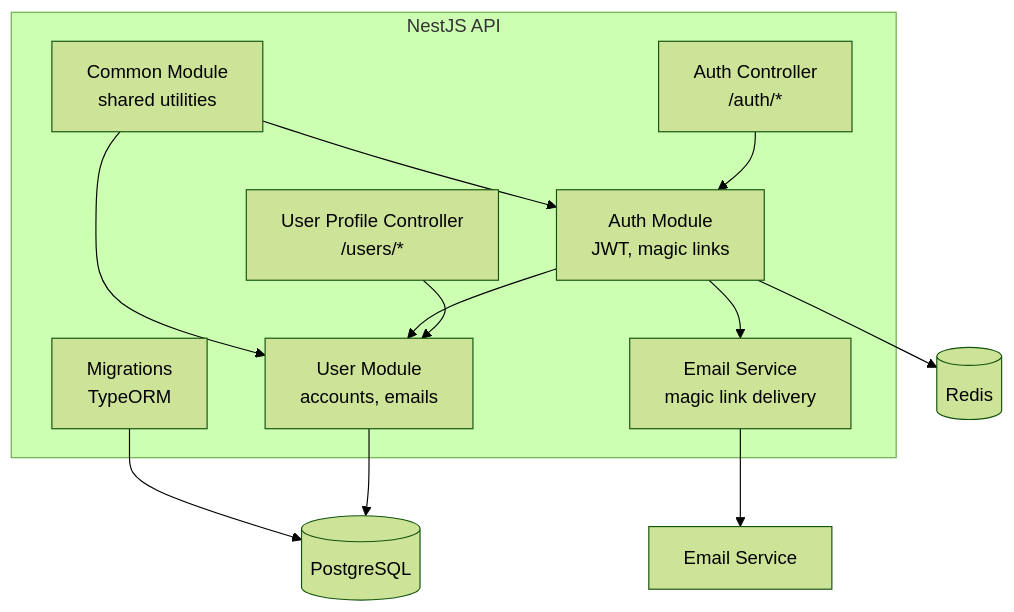
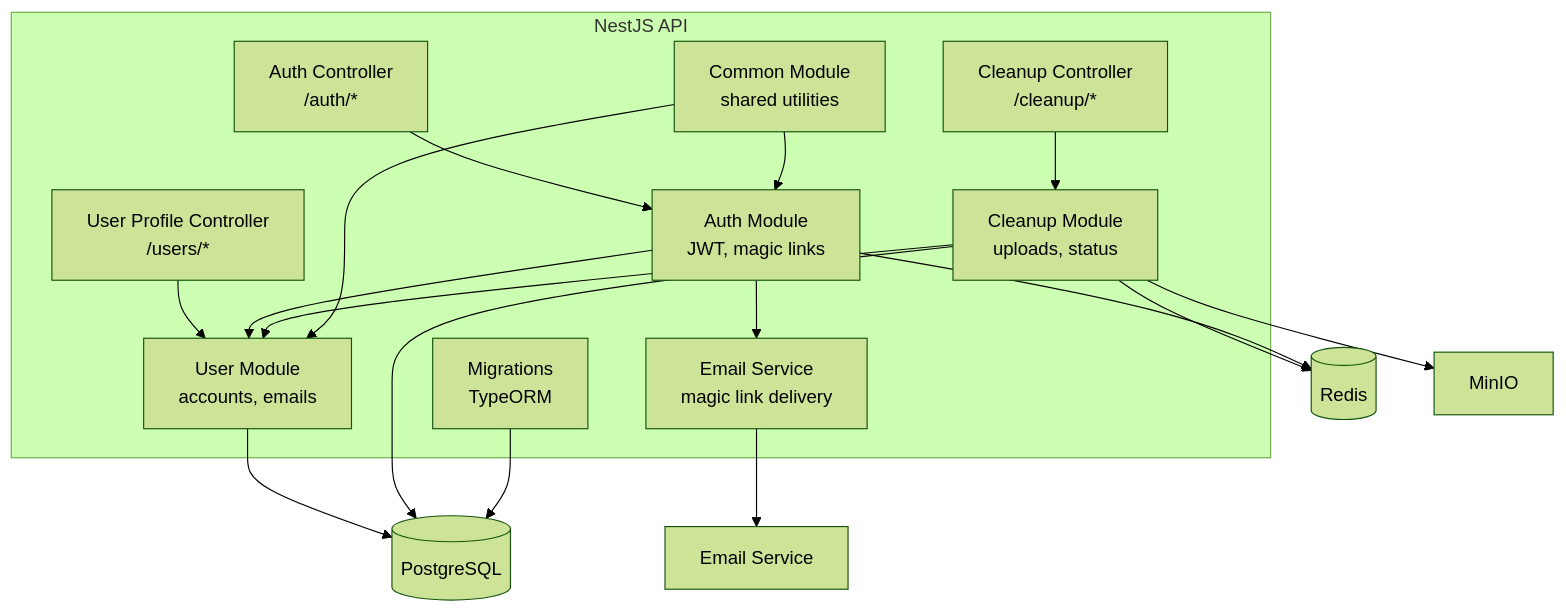
The diagram in docs/architecture/component.md (cleancentive/cleancentive), drawn with Mermaid (forest theme) before and after one commit. The commit also changed other lines of this file and 32 other files, not shown here.

````diff
--- a/docs/architecture/component.md
+++ b/docs/architecture/component.md
@@ -5,27 +5,35 @@
 ```mermaid
 graph TD
     subgraph API["NestJS API"]
         AuthCtrl["Auth Controller<br/>/auth/*"]
         UserCtrl["User Profile Controller<br/>/users/*"]
+        CleanupCtrl["Cleanup Controller<br/>/cleanup/*"]
         AuthModule["Auth Module<br/>JWT, magic links"]
         UserModule["User Module<br/>accounts, emails"]
+        CleanupModule["Cleanup Module<br/>uploads, status"]
         EmailService["Email Service<br/>magic link delivery"]
         CommonModule["Common Module<br/>shared utilities"]
         Migrations["Migrations<br/>TypeORM"]
     end
 
     DB[("PostgreSQL")]
     Redis[("Redis")]
+    MinIO["MinIO"]
     EmailProvider["Email Service"]
 
     AuthCtrl --> AuthModule
     UserCtrl --> UserModule
+    CleanupCtrl --> CleanupModule
     AuthModule --> UserModule
+    CleanupModule --> UserModule
     AuthModule --> EmailService
     UserModule --> DB
+    CleanupModule --> DB
+    CleanupModule --> Redis
     AuthModule --> Redis
+    CleanupModule --> MinIO
     EmailService --> EmailProvider
     Migrations --> DB
     CommonModule --> AuthModule
     CommonModule --> UserModule
 ```
````
